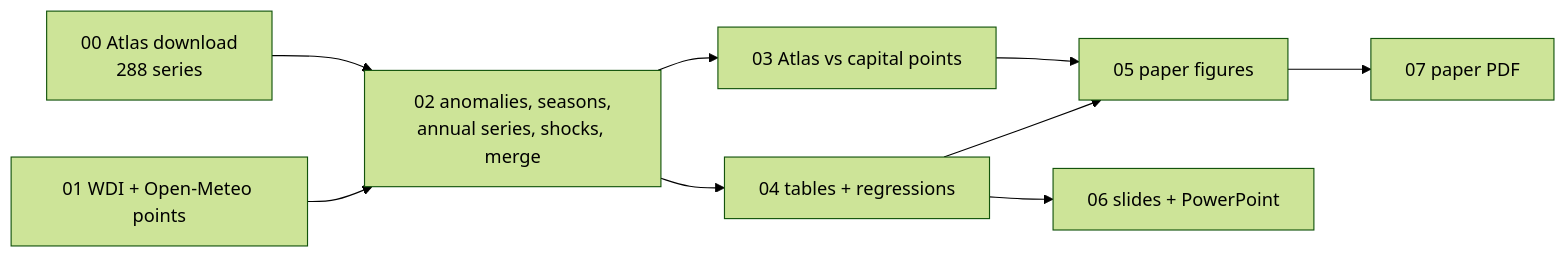
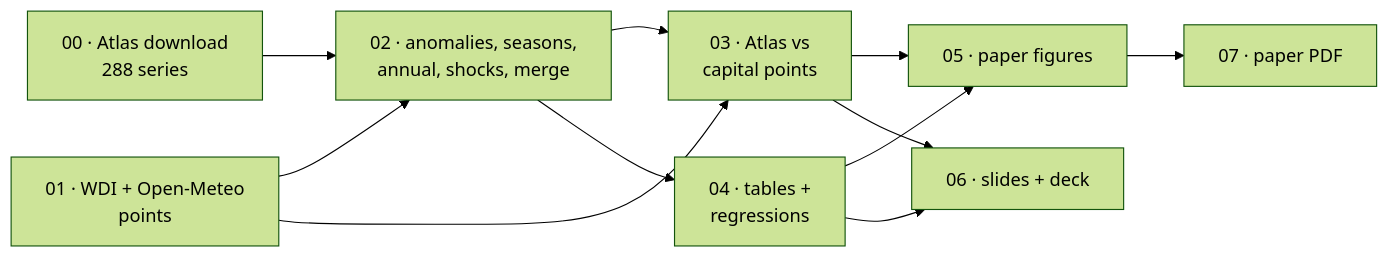
Before and after one commit to Polluxgnr/Environemental-economics-: the diagram in README.md, drawn with Mermaid (forest theme). The commit also changed other lines of this file and 21 other files, not shown here.

````diff
--- a/README.md
+++ b/README.md
@@ -83,11 +164,13 @@
 ```mermaid
 flowchart LR
-  A["00 Atlas download<br/>288 series"] --> C["02 anomalies, seasons,<br/>annual series, shocks, merge"]
-  B["01 WDI + Open-Meteo points"] --> C
-  C --> D["03 Atlas vs capital points"]
-  C --> E["04 tables + regressions"]
-  D --> F["05 paper figures"]
+  A["00 · Atlas download<br/>288 series"] --> C["02 · anomalies, seasons,<br/>annual, shocks, merge"]
+  B["01 · WDI + Open-Meteo<br/>points"] --> C
+  B --> D
+  C --> D["03 · Atlas vs<br/>capital points"]
+  C --> E["04 · tables +<br/>regressions"]
+  D --> F["05 · paper figures"]
   E --> F
-  E --> G["06 slides + PowerPoint"]
-  F --> H["07 paper PDF"]
+  E --> G["06 · slides + deck"]
+  D --> G
+  F --> H["07 · paper PDF"]
 ```
````
